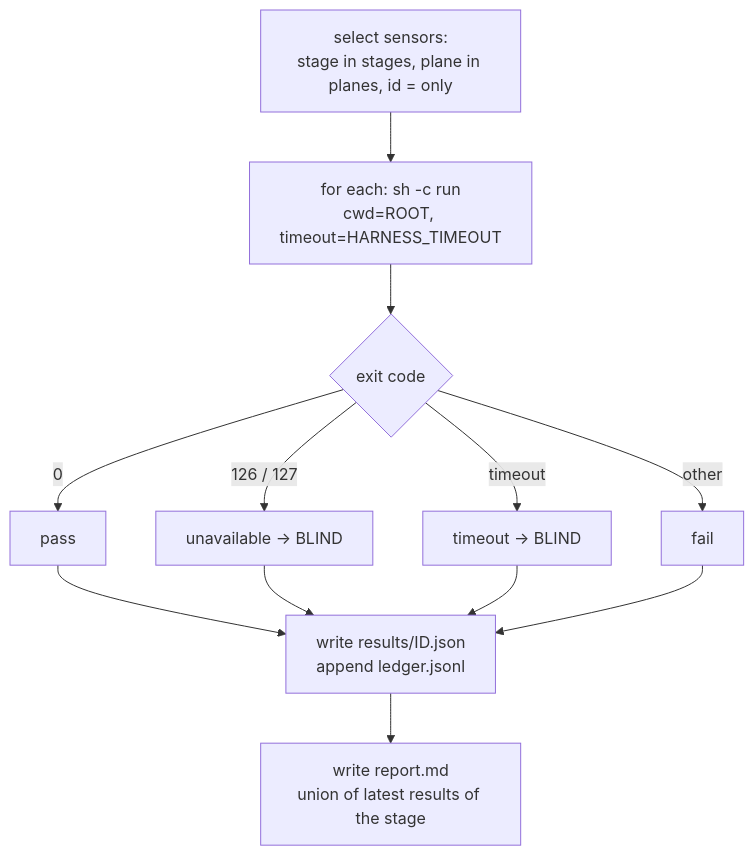
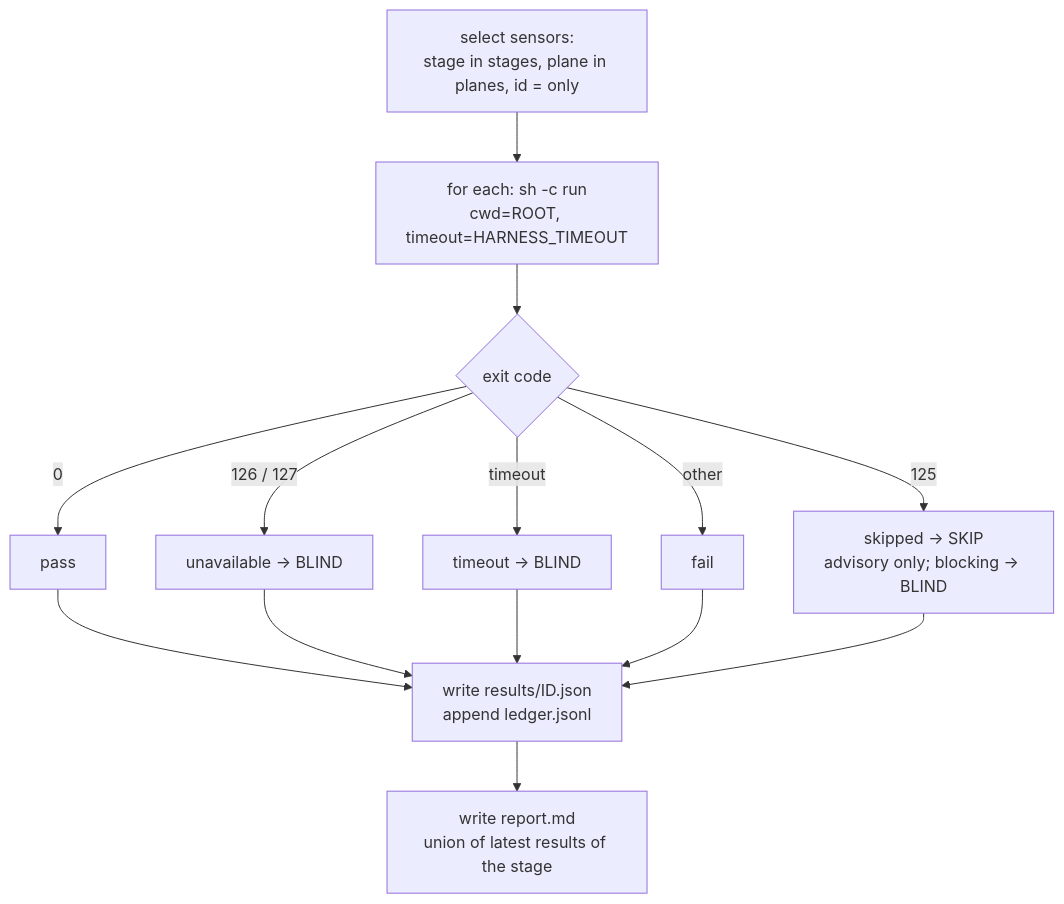
One commit to armdev/harness-template changed the first of 7 diagrams in docs/en/06-low-level-design.md. Above: the diagram before and after it, drawn with Mermaid. The commit also changed other lines of this file and 11 other files, not shown here.

````diff
--- a/docs/en/06-low-level-design.md
+++ b/docs/en/06-low-level-design.md
@@ -30,11 +30,12 @@
 ```mermaid
 flowchart TD
     A["select sensors:<br/>stage in stages, plane in planes, id = only"] --> B["for each: sh -c run<br/>cwd=ROOT, timeout=HARNESS_TIMEOUT"]
     B --> C{exit code}
     C -->|0| P[pass]
     C -->|126 / 127| U[unavailable → BLIND]
     C -->|timeout| T[timeout → BLIND]
+    C -->|125| K[skipped → SKIP<br/>advisory only; blocking → BLIND]
     C -->|other| F[fail]
-    P & U & T & F --> W["write results/ID.json<br/>append ledger.jsonl"]
+    P & U & T & F & K --> W["write results/ID.json<br/>append ledger.jsonl"]
     W --> R[write report.md<br/>union of latest results of the stage]
 ```
````
